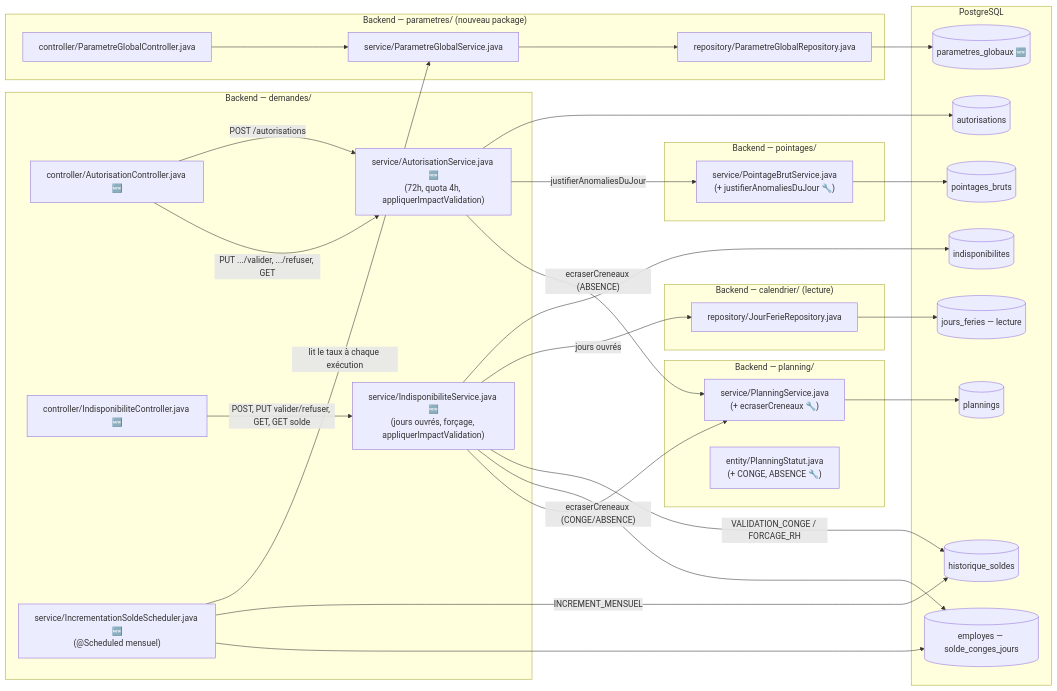
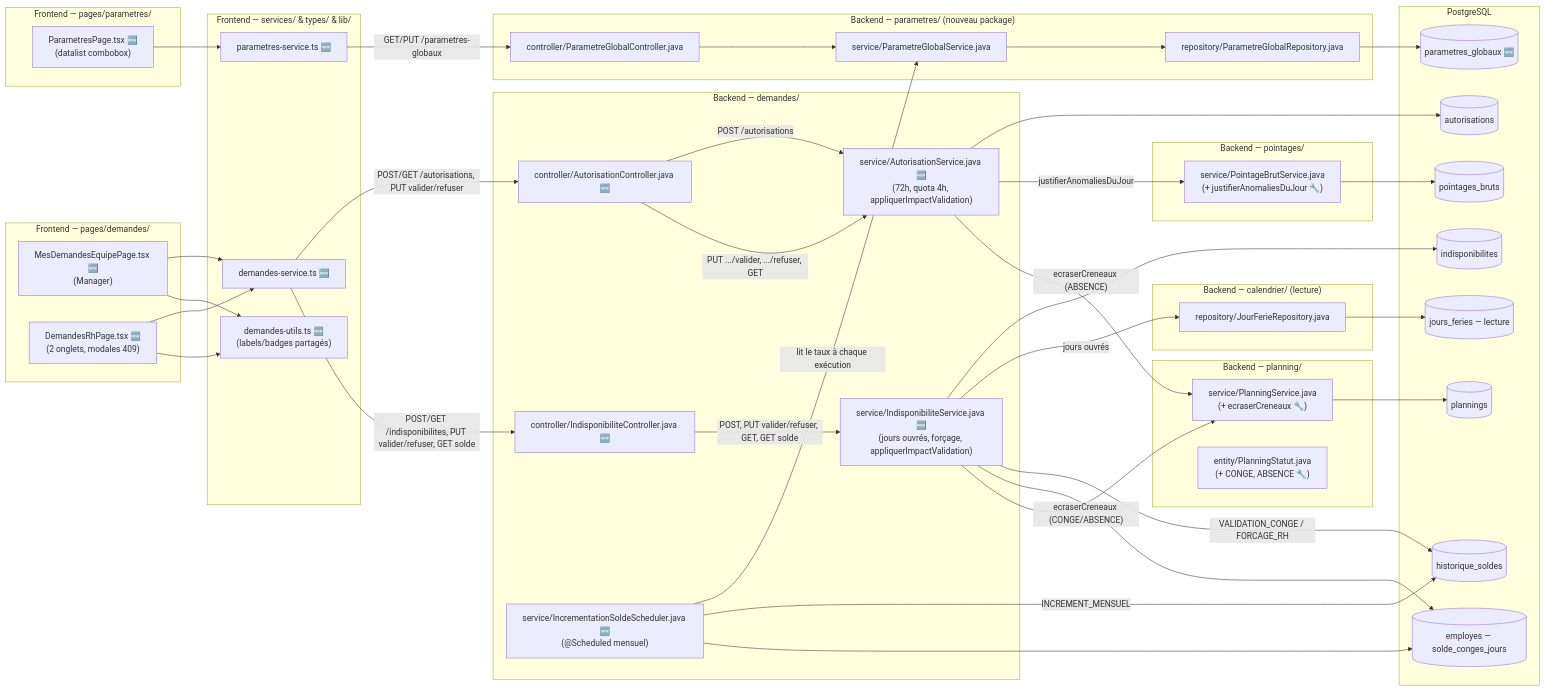
One commit to MdRiabi/sirh-project-backend changed the diagram in docs/LOTS/LOT_5_CONGES_AUTORISATIONS.md. Above: the diagram before and after it, drawn with Mermaid. The commit also changed other lines of this file, not shown here.

First line of the commit message:
docs(lot-5): finalize LOT_5 report with frontend implementation details

````diff
--- a/docs/LOTS/LOT_5_CONGES_AUTORISATIONS.md
+++ b/docs/LOTS/LOT_5_CONGES_AUTORISATIONS.md
@@ -41,5 +54,30 @@
 ```mermaid
 flowchart LR
+    subgraph FE_Param["Frontend — pages/parametres/"]
+        ParamPage["ParametresPage.tsx 🆕<br/>(datalist combobox)"]
+    end
+
+    subgraph FE_Demandes["Frontend — pages/demandes/"]
+        MgrPage["MesDemandesEquipePage.tsx 🆕<br/>(Manager)"]
+        RhPage["DemandesRhPage.tsx 🆕<br/>(2 onglets, modales 409)"]
+    end
+
+    subgraph FE_Svc["Frontend — services/ & types/ & lib/"]
+        DemandesSvc["demandes-service.ts 🆕"]
+        ParamSvc["parametres-service.ts 🆕"]
+        DemandesUtils["demandes-utils.ts 🆕<br/>(labels/badges partagés)"]
+    end
+
+    ParamPage --> ParamSvc
+    MgrPage --> DemandesSvc
+    RhPage --> DemandesSvc
+    MgrPage --> DemandesUtils
+    RhPage --> DemandesUtils
+
+    ParamSvc -->|"GET/PUT /parametres-globaux"| ParamController
+    DemandesSvc -->|"POST/GET /autorisations, PUT valider/refuser"| AutController
+    DemandesSvc -->|"POST/GET /indisponibilites, PUT valider/refuser, GET solde"| IndispoController
+
     subgraph BE_Param["Backend — parametres/ (nouveau package)"]
         ParamController["controller/ParametreGlobalController.java"]
         ParamService["service/ParametreGlobalService.java"]
````
